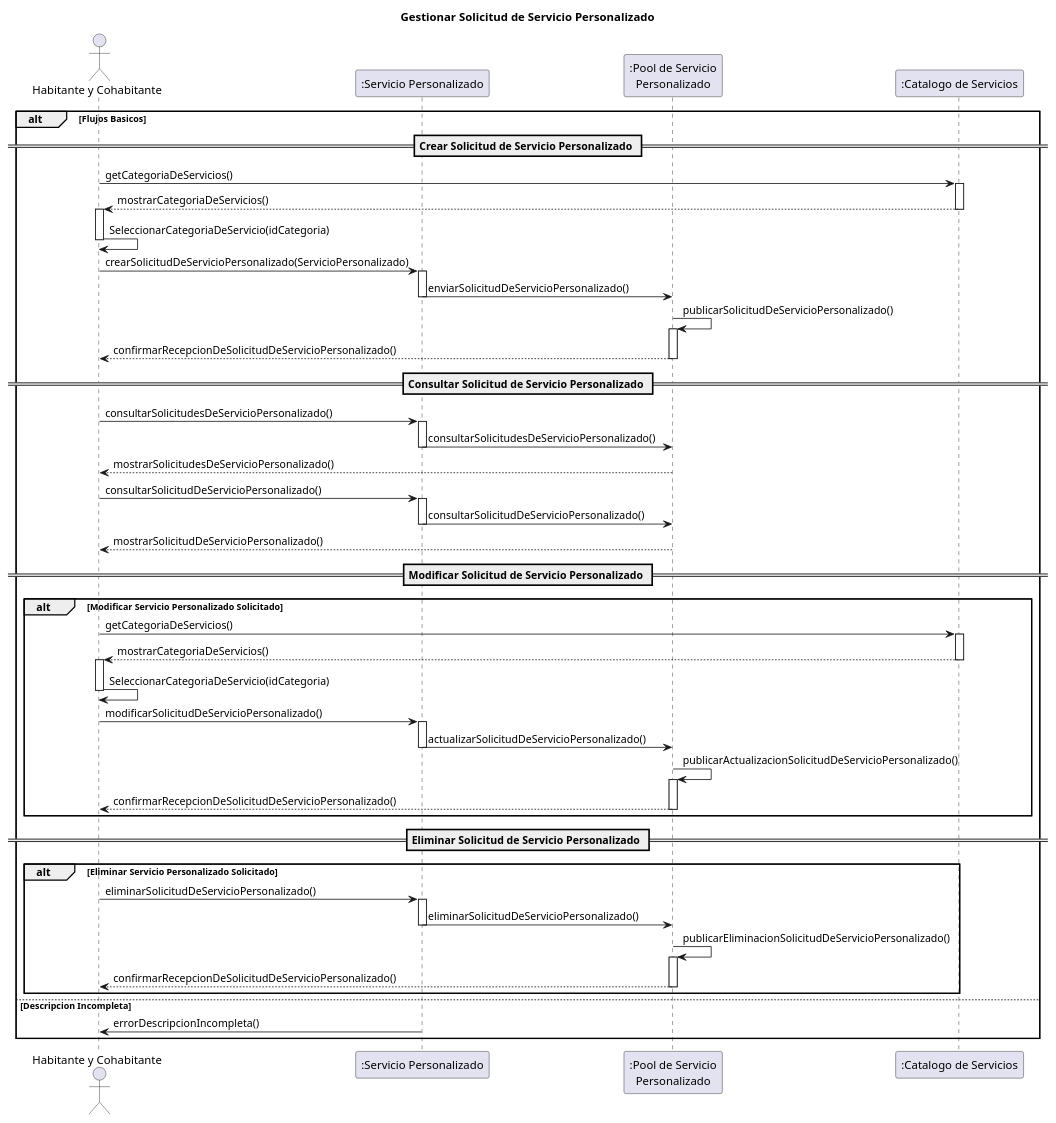
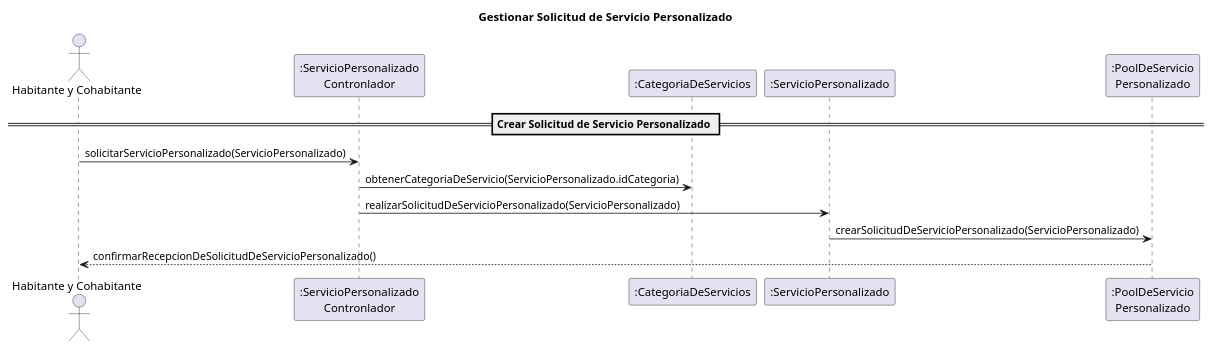
One commit to UPSA-Projects/docs-condominio changed the diagram in docs/src/usecases/CU16/SD16.wsd. Above: the diagram before and after it, drawn with PlantUML. The commit also changed 14 other files, not shown here.

```diff
--- a/docs/src/usecases/CU16/SD16.wsd
+++ b/docs/src/usecases/CU16/SD16.wsd
@@ -1,84 +1,75 @@
 @startuml
 
 title Gestionar Solicitud de Servicio Personalizado
 
 actor "Habitante y Cohabitante" as Habitante
 
-participant ":Servicio Personalizado" as Servicio
-participant ":Pool de Servicio\nPersonalizado" as Pool
-participant ":Catalogo de Servicios" as Catalogo
+participant ":ServicioPersonalizado\nContronlador" as Controlador
+participant ":CategoriaDeServicios" as Categoria
+participant ":ServicioPersonalizado" as Servicio
+participant ":PoolDeServicio\nPersonalizado" as Pool
 
-alt Flujos Basicos
+' alt Flujos Basicos
 ' CREAR
     == Crear Solicitud de Servicio Personalizado ==
-    Habitante -> Catalogo : getCategoriaDeServicios()
-    activate Catalogo
-    Catalogo --> Habitante : mostrarCategoriaDeServicios()
-    deactivate Catalogo
-    activate Habitante
-    Habitante -> Habitante : SeleccionarCategoriaDeServicio(idCategoria)
-    deactivate Habitante
-    Habitante -> Servicio : crearSolicitudDeServicioPersonalizado(ServicioPersonalizado)
-    activate Servicio
-    Servicio -> Pool : enviarSolicitudDeServicioPersonalizado()
-    deactivate Servicio
-    Pool -> Pool : publicarSolicitudDeServicioPersonalizado()
-    activate Pool
+    Habitante -> Controlador : solicitarServicioPersonalizado(ServicioPersonalizado)
+    Controlador -> Categoria : obtenerCategoriaDeServicio(ServicioPersonalizado.idCategoria)
+    Controlador -> Servicio : realizarSolicitudDeServicioPersonalizado(ServicioPersonalizado)
+    Servicio -> Pool : crearSolicitudDeServicioPersonalizado(ServicioPersonalizado)
     Pool --> Habitante : confirmarRecepcionDeSolicitudDeServicioPersonalizado()
-    deactivate Pool
 
-    ' QUERY
-    == Consultar Solicitud de Servicio Personalizado ==
-    Habitante -> Servicio : consultarSolicitudesDeServicioPersonalizado()
-    activate Servicio
-    Servicio -> Pool : consultarSolicitudesDeServicioPersonalizado()
-    deactivate Servicio
-    Pool --> Habitante : mostrarSolicitudesDeServicioPersonalizado()
-    deactivate Pool
+    ' ' QUERY
+    ' == Consultar Solicitud de Servicio Personalizado ==
+    ' Habitante -> Servicio : consultarSolicitudesDeServicioPersonalizado()
+    ' activate Servicio
+    ' Servicio -> Pool : consultarSolicitudesDeServicioPersonalizado()
+    ' deactivate Servicio
+    ' Pool --> Habitante : mostrarSolicitudesDeServicioPersonalizado()
+    ' deactivate Pool
 
-    Habitante -> Servicio : consultarSolicitudDeServicioPersonalizado()
-    activate Servicio
-    Servicio -> Pool : consultarSolicitudDeServicioPersonalizado()
-    deactivate Servicio
-    Pool --> Habitante : mostrarSolicitudDeServicioPersonalizado()
-    deactivate Pool
+    ' Habitante -> Servicio : consultarSolicitudDeServicioPersonalizado()
+    ' activate Servicio
+    ' Servicio -> Pool : consultarSolicitudDeServicioPersonalizado()
+    ' deactivate Servicio
+    ' Pool --> Habitante : mostrarSolicitudDeServicioPersonalizado()
+    ' deactivate Pool
 
 
 
-    ' CAMINOS ALTERNATIVO
-    == Modificar Solicitud de Servicio Personalizado ==
-    alt Modificar Servicio Personalizado Solicitado
-        Habitante -> Catalogo : getCategoriaDeServicios()
-        activate Catalogo
-        Catalogo --> Habitante : mostrarCategoriaDeServicios()
-        deactivate Catalogo
-        activate Habitante
-        Habitante -> Habitante : SeleccionarCategoriaDeServicio(idCategoria)
-        deactivate Habitante
-        Habitante -> Servicio : modificarSolicitudDeServicioPersonalizado()
-        activate Servicio
-        Servicio -> Pool : actualizarSolicitudDeServicioPersonalizado()
-        deactivate Servicio
-        Pool -> Pool : publicarActualizacionSolicitudDeServicioPersonalizado()
-        activate Pool
-        Pool --> Habitante : confirmarRecepcionDeSolicitudDeServicioPersonalizado()
-        deactivate Pool
-    end
+    ' ' CAMINOS ALTERNATIVO
+    ' == Modificar Solicitud de Servicio Personalizado ==
+    ' alt Modificar Servicio Personalizado Solicitado
+    '     Habitante -> Categoria : getCategoriaDeServicios()
+    '     activate Categoria
+    '     Categoria --> Habitante : mostrarCategoriaDeServicios()
+    '     deactivate Categoria
+    '     activate Habitante
+    '     Habitante -> Habitante : SeleccionarCategoriaDeServicio(idCategoria)
+    '     deactivate Habitante
+    '     Habitante -> Servicio : modificarSolicitudDeServicioPersonalizado()
+    '     activate Servicio
+    '     Servicio -> Pool : actualizarSolicitudDeServicioPersonalizado()
+    '     deactivate Servicio
+    '     Pool -> Pool : publicarActualizacionSolicitudDeServicioPersonalizado()
+    '     activate Pool
+    '     Pool --> Habitante : confirmarRecepcionDeSolicitudDeServicioPersonalizado()
+    '     deactivate Pool
+    ' end
 
-    == Eliminar Solicitud de Servicio Personalizado ==
-    alt Eliminar Servicio Personalizado Solicitado
-        Habitante -> Servicio : eliminarSolicitudDeServicioPersonalizado()
-        activate Servicio
-        Servicio -> Pool : eliminarSolicitudDeServicioPersonalizado()
-        deactivate Servicio
-        Pool -> Pool : publicarEliminacionSolicitudDeServicioPersonalizado()
-        activate Pool
-        Pool --> Habitante : confirmarRecepcionDeSolicitudDeServicioPersonalizado()
-        deactivate Pool
-    end
-else Descripcion Incompleta
-    Servicio -> Habitante : errorDescripcionIncompleta()
-end
+    ' == Eliminar Solicitud de Servicio Personalizado ==
+    ' alt Eliminar Servicio Personalizado Solicitado
+    '     Habitante -> Servicio : eliminarSolicitudDeServicioPersonalizado()
+    '     activate Servicio
+    '     Servicio -> Pool : eliminarSolicitudDeServicioPersonalizado()
+    '     deactivate Servicio
+    '     Pool -> Pool : publicarEliminacionSolicitudDeServicioPersonalizado()
+    '     activate Pool
+    '     Pool --> Habitante : confirmarRecepcionDeSolicitudDeServicioPersonalizado()
+    '     deactivate Pool
+    ' end
+' else Descripcion Incompleta
+'     Servicio -> Habitante : errorDescripcionIncompleta()
+' end
 
 
 @enduml
```
